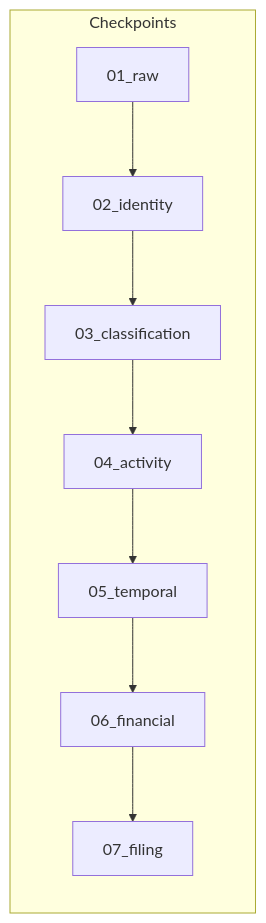
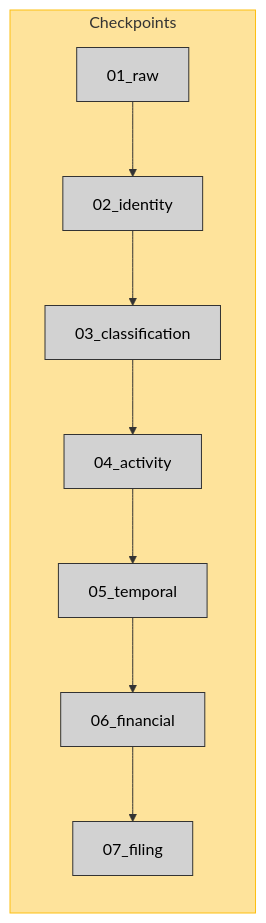
One commit to UrbanInstitute/nccs-data-bmf changed the third of 3 diagrams in docs/01-architecture.qmd. Above: the diagram before and after it, drawn with Mermaid. The commit also changed other lines of this file and 1 other file, not shown here.

First line of the commit message:
Update architecture docs and fix S3 upload filename

````diff
--- a/docs/01-architecture.qmd
+++ b/docs/01-architecture.qmd
@@ -299,11 +270,17 @@
 ```{mermaid}
+%%| fig-width: 10
+%%| fig-height: 3
 flowchart LR
-    subgraph Checkpoints
+    classDef node fill:#d2d2d2,stroke:#333,color:#000
+
+    subgraph Checkpoints[Checkpoints]
         CP1[01_raw] --> CP2[02_identity]
         CP2 --> CP3[03_classification]
         CP3 --> CP4[04_activity]
         CP4 --> CP5[05_temporal]
         CP5 --> CP6[06_financial]
         CP6 --> CP7[07_filing]
     end
+
+    style Checkpoints fill:#fee39b,stroke:#fdbf11
 ```
````
